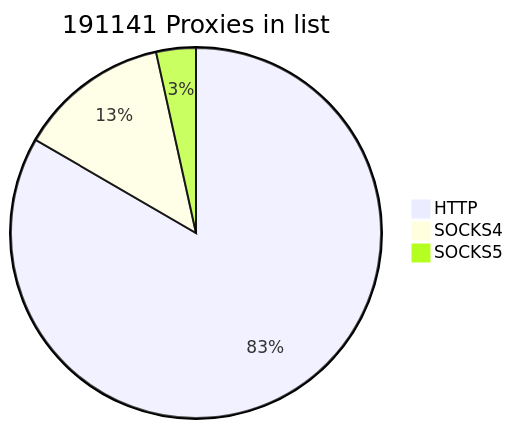
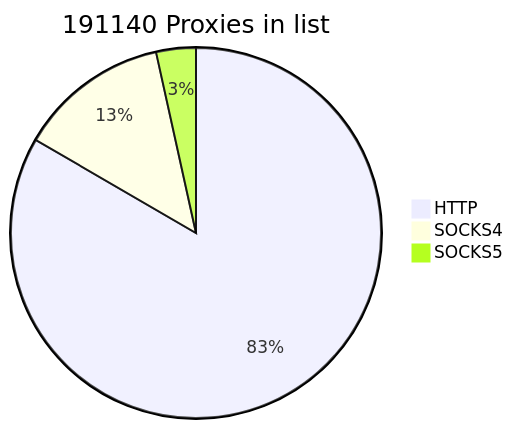
One commit to cutipu/proxylist changed the first of 2 diagrams in README.md. Above: the diagram before and after it, drawn with Mermaid. The commit also changed other lines of this file, not shown here.

````diff
--- a/README.md
+++ b/README.md
@@ -2,7 +2,7 @@
 ```mermaid
-pie title 191141 Proxies in list
+pie title 191140 Proxies in list
     "HTTP" : 159362
-    "SOCKS4" : 25163
+    "SOCKS4" : 25162
     "SOCKS5" : 6616
             
 ```
````
